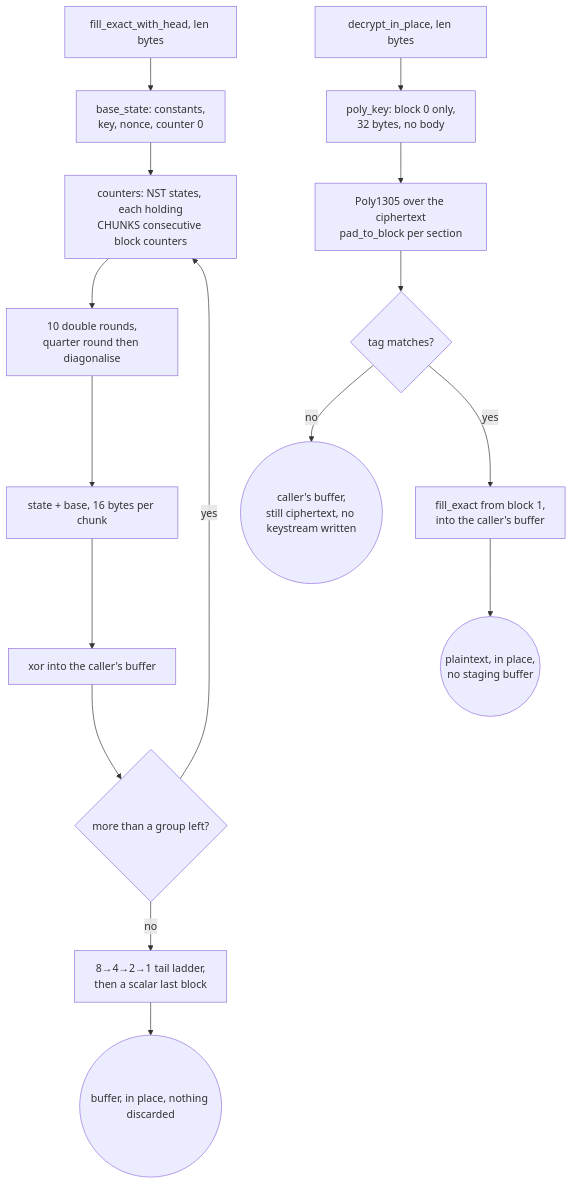
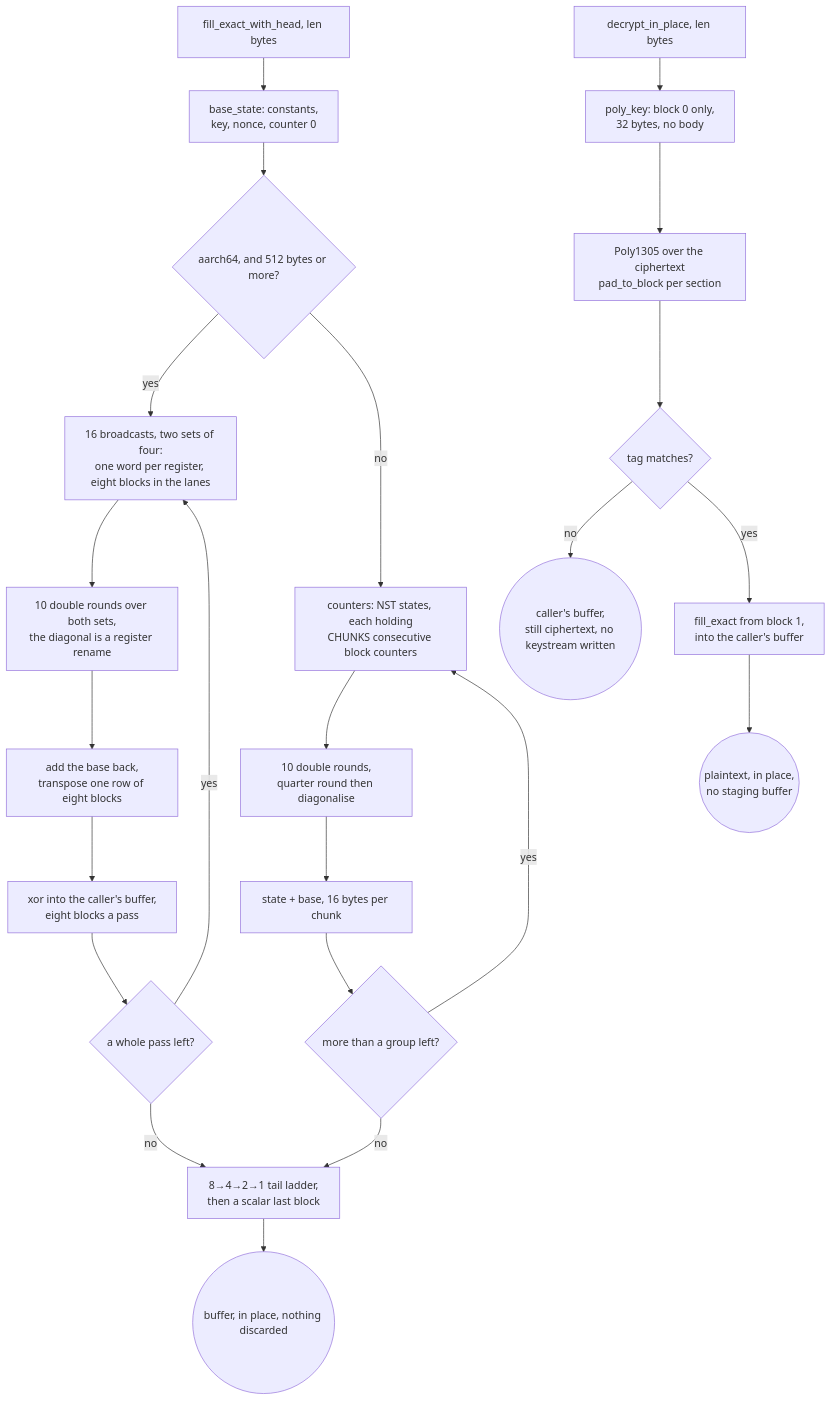
One commit to TheGorgeousIvorChival/ferrox changed the diagram in docs/function/record-layer.md. Above: the diagram before and after it, drawn with Mermaid. The commit also changed other lines of this file and 3 other files, not shown here.

````diff
--- a/docs/function/record-layer.md
+++ b/docs/function/record-layer.md
@@ -26,18 +50,25 @@
 ```mermaid
 graph TD
     A["fill_exact_with_head, len bytes"] --> B["base_state: constants,<br/>key, nonce, counter 0"]
-    B --> C["counters: NST states, each holding<br/>CHUNKS consecutive block counters"]
-    C --> D["10 double rounds,<br/>quarter round then diagonalise"]
-    D --> E["state + base, 16 bytes per chunk"]
-    E --> F["xor into the caller's buffer"]
+    B --> C{"aarch64, and 512 bytes or more?"}
+    C -- yes --> S["16 broadcasts, two sets of four:<br/>one word per register, eight blocks in the lanes"]
+    S --> T["10 double rounds over both sets,<br/>the diagonal is a register rename"]
+    T --> U["add the base back,<br/>transpose one row of eight blocks"]
+    U --> V["xor into the caller's buffer,<br/>eight blocks a pass"]
+    V --> W{"a whole pass left?"}
+    W -- yes --> S
+    C -- no --> D["counters: NST states, each holding<br/>CHUNKS consecutive block counters"]
+    D --> E["10 double rounds,<br/>quarter round then diagonalise"]
+    E --> F["state + base, 16 bytes per chunk"]
     F --> G{"more than a group left?"}
-    G -- yes --> C
+    G -- yes --> D
+    W -- no --> H
     G -- no --> H["8→4→2→1 tail ladder,<br/>then a scalar last block"]
     H --> I(("buffer, in place, nothing discarded"))
     J["decrypt_in_place, len bytes"] --> K["poly_key: block 0 only,<br/>32 bytes, no body"]
     K --> L["Poly1305 over the ciphertext<br/>pad_to_block per section"]
     L --> M{"tag matches?"}
     M -- no --> N(("caller's buffer,<br/>still ciphertext, no keystream written"))
     M -- yes --> O["fill_exact from block 1,<br/>into the caller's buffer"]
     O --> P(("plaintext, in place,<br/>no staging buffer"))
 ```
````
